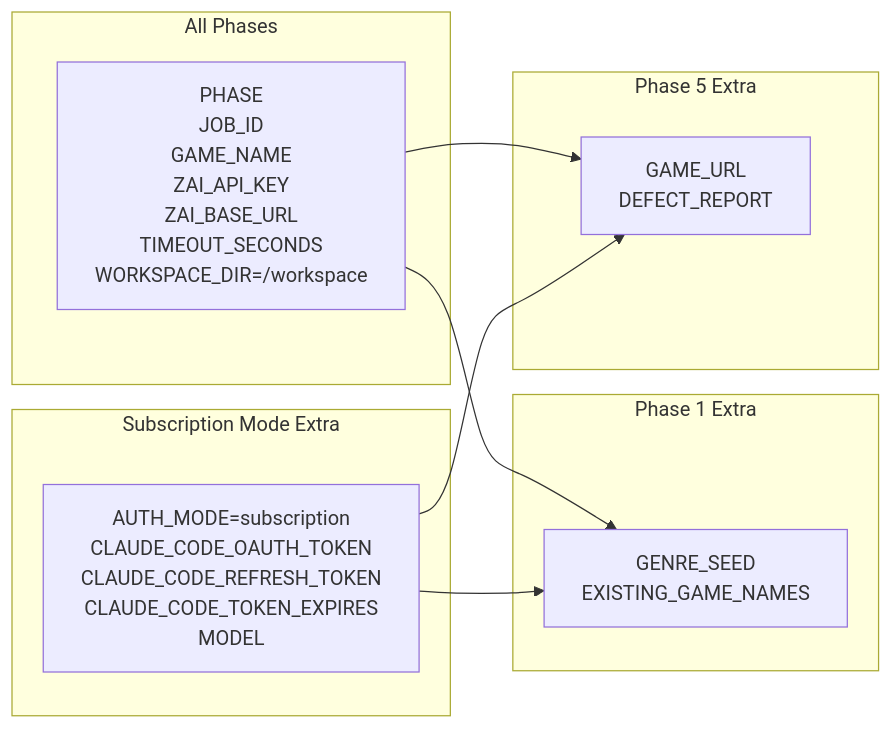
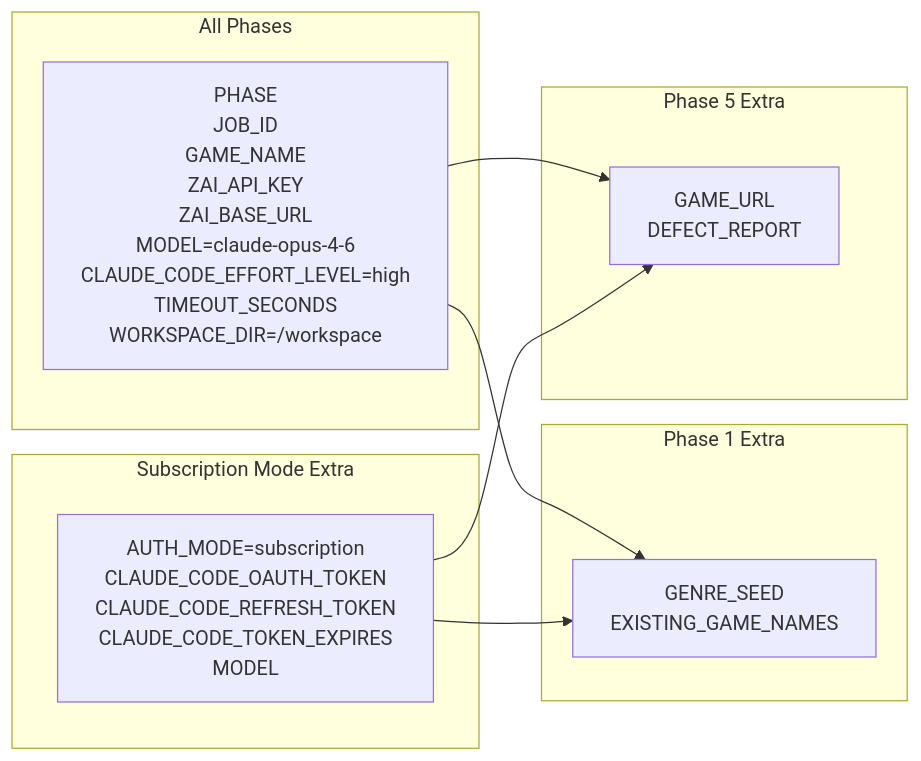
The fifth of 7 diagrams in AI/document/05-data-pipelines.md (J-Gierend/gamePocGen), drawn with Mermaid before and after one commit. The commit also changed other lines of this file and 5 other files, not shown here.

````diff
--- a/AI/document/05-data-pipelines.md
+++ b/AI/document/05-data-pipelines.md
@@ -95,23 +105,23 @@
 ```mermaid
 flowchart LR
     subgraph "All Phases"
-        BASE["PHASE\nJOB_ID\nGAME_NAME\nZAI_API_KEY\nZAI_BASE_URL\nTIMEOUT_SECONDS\nWORKSPACE_DIR=/workspace"]
+        BASE["PHASE\nJOB_ID\nGAME_NAME\nZAI_API_KEY\nZAI_BASE_URL\nMODEL=claude-opus-4-6\nCLAUDE_CODE_EFFORT_LEVEL=high\nTIMEOUT_SECONDS\nWORKSPACE_DIR=/workspace"]
     end
 
     subgraph "Subscription Mode Extra"
         SUB["AUTH_MODE=subscription\nCLAUDE_CODE_OAUTH_TOKEN\nCLAUDE_CODE_REFRESH_TOKEN\nCLAUDE_CODE_TOKEN_EXPIRES\nMODEL"]
     end
 
     subgraph "Phase 1 Extra"
         P1["GENRE_SEED\nEXISTING_GAME_NAMES"]
     end
 
     subgraph "Phase 5 Extra"
         P5["GAME_URL\nDEFECT_REPORT"]
     end
 
     BASE --> P1
     BASE --> P5
     SUB --> P1
     SUB --> P5
 ```
````
